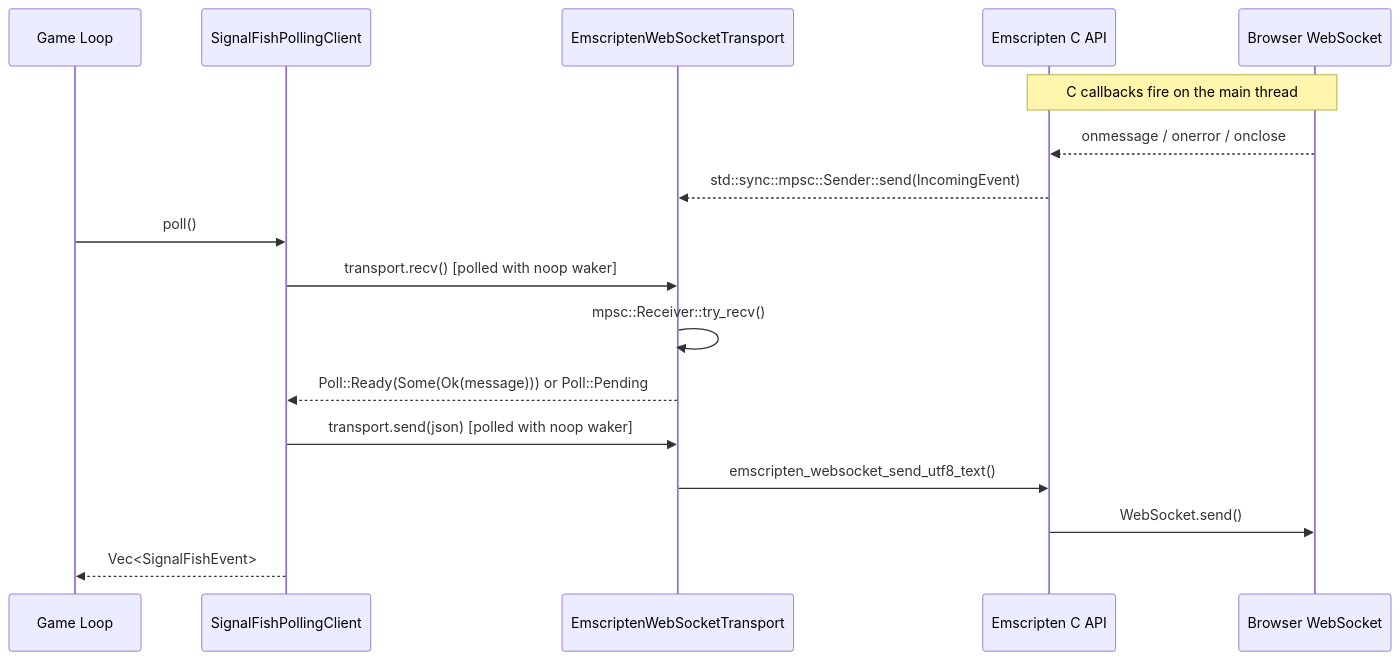
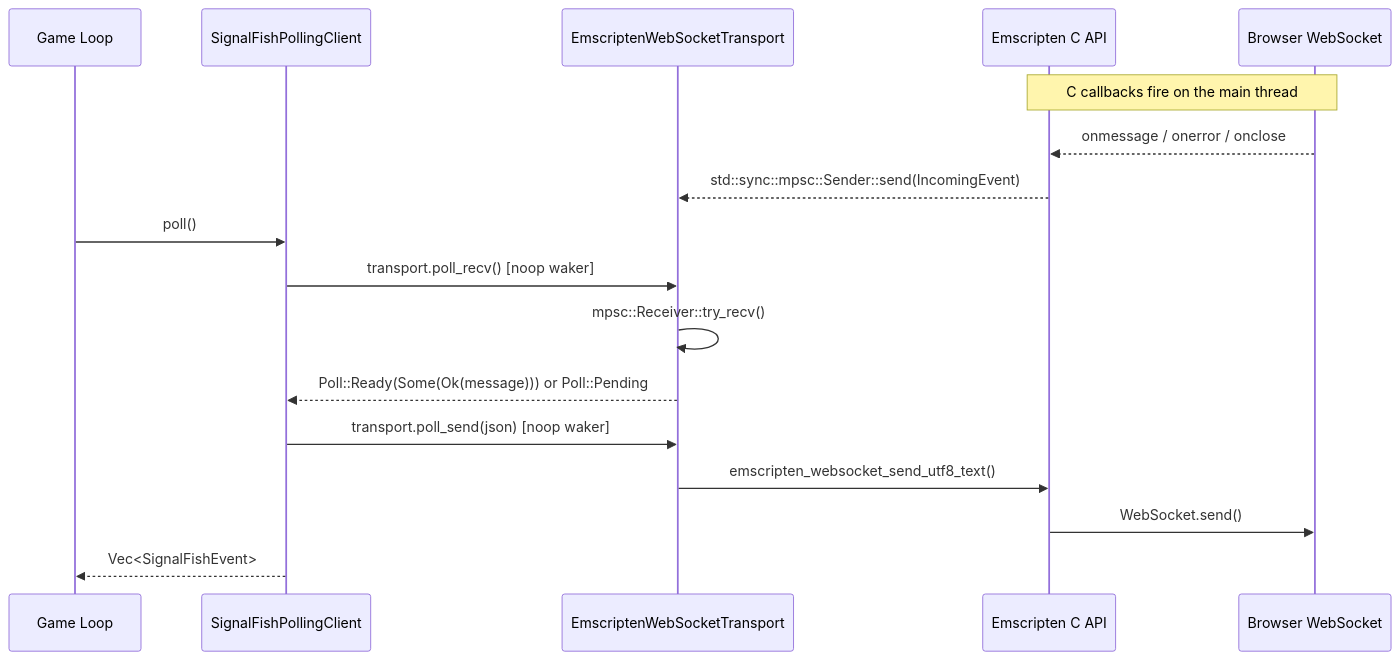
The second of 4 diagrams in docs/wasm.md (Ambiguous-Interactive/signal-fish-client-rust), drawn with Mermaid before and after one commit. The commit also changed other lines of this file and 58 other files, not shown here.

````diff
--- a/docs/wasm.md
+++ b/docs/wasm.md
@@ -158,21 +164,21 @@
 ```mermaid
 sequenceDiagram
     participant App as Game Loop
     participant PC as SignalFishPollingClient
     participant T as EmscriptenWebSocketTransport
     participant EM as Emscripten C API
     participant WS as Browser WebSocket
 
     Note over EM,WS: C callbacks fire on the main thread
     WS-->>EM: onmessage / onerror / onclose
     EM-->>T: std::sync::mpsc::Sender::send(IncomingEvent)
 
     App->>PC: poll()
-    PC->>T: transport.recv() [polled with noop waker]
+    PC->>T: transport.poll_recv() [noop waker]
     T->>T: mpsc::Receiver::try_recv()
     T-->>PC: Poll::Ready(Some(Ok(message))) or Poll::Pending
-    PC->>T: transport.send(json) [polled with noop waker]
+    PC->>T: transport.poll_send(json) [noop waker]
     T->>EM: emscripten_websocket_send_utf8_text()
     EM->>WS: WebSocket.send()
     PC-->>App: Vec<SignalFishEvent>
 ```
````
